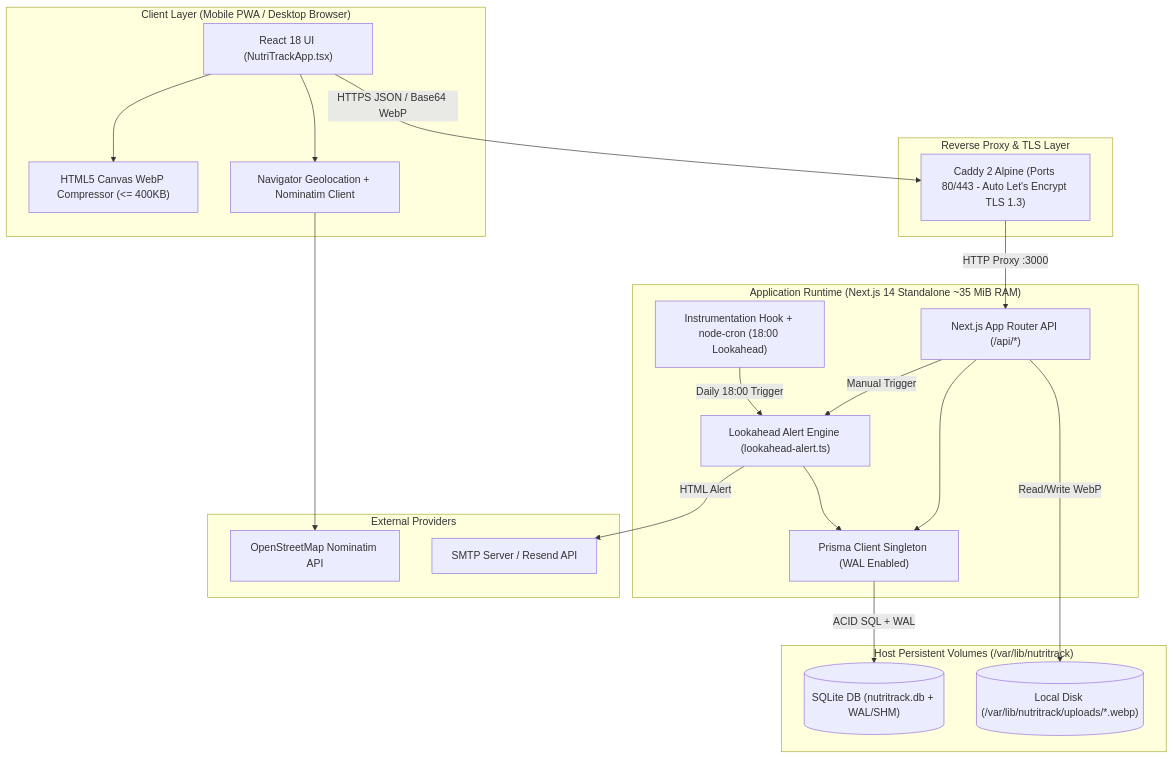
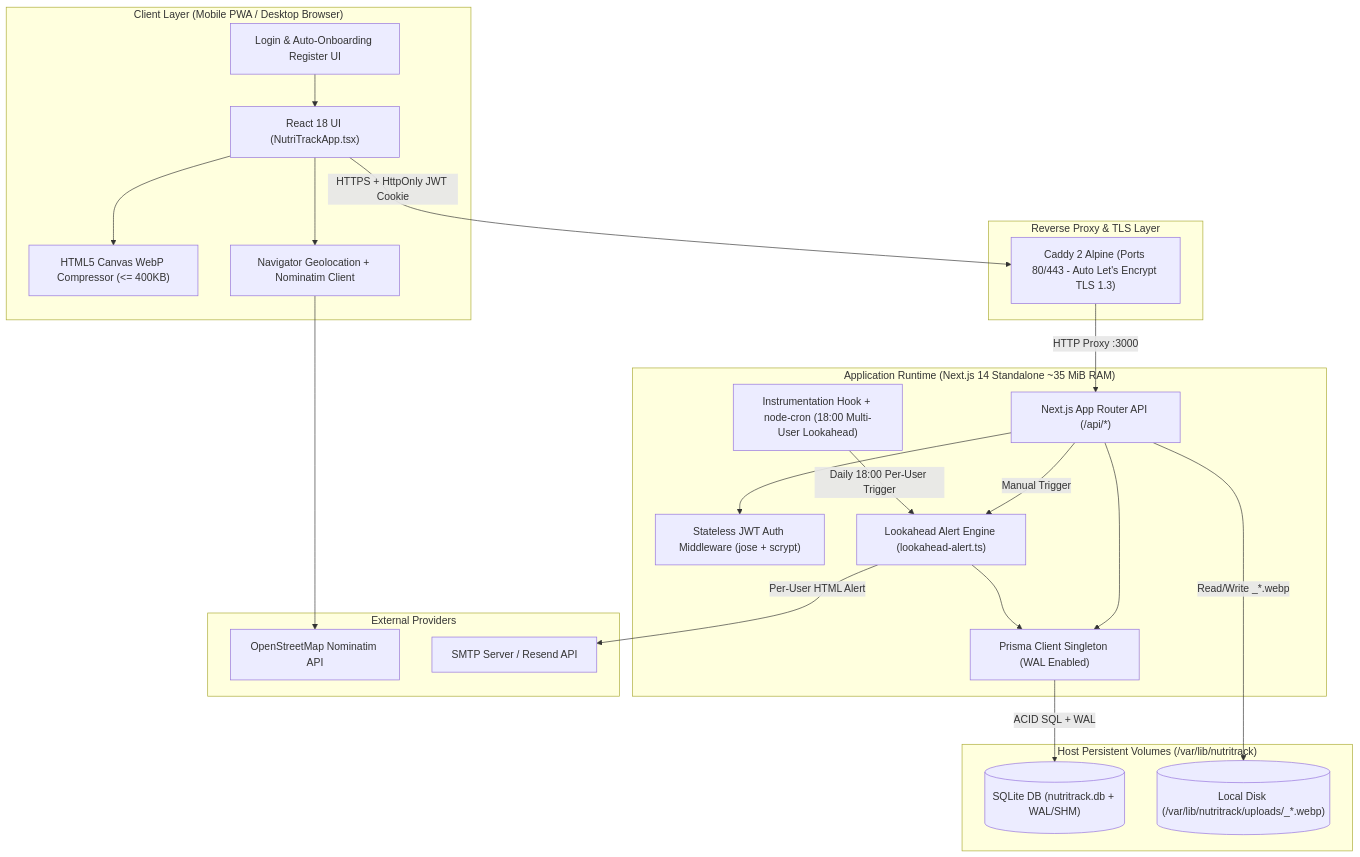
One commit to Celta031/NutriTrack-OS changed the first of 3 diagrams in docs/SDD.md. Above: the diagram before and after it, drawn with Mermaid. The commit also changed other lines of this file and 24 other files, not shown here.

Commit message:
feat(auth): implement SDD-002 multi-user login and tenant isolation

````diff
--- a/docs/SDD.md
+++ b/docs/SDD.md
@@ -28,42 +28,46 @@
 ```mermaid
 graph TD
     subgraph Client ["Client Layer (Mobile PWA / Desktop Browser)"]
+        AuthUI["Login & Auto-Onboarding Register UI"]
         UI["React 18 UI (NutriTrackApp.tsx)"]
         Canvas["HTML5 Canvas WebP Compressor (<= 400KB)"]
         Geo["Navigator Geolocation + Nominatim Client"]
     end
 
     subgraph Edge ["Reverse Proxy & TLS Layer"]
         Caddy["Caddy 2 Alpine (Ports 80/443 - Auto Let's Encrypt TLS 1.3)"]
     end
 
     subgraph AppServer ["Application Runtime (Next.js 14 Standalone ~35 MiB RAM)"]
+        Auth["Stateless JWT Auth Middleware (jose + scrypt)"]
         API["Next.js App Router API (/api/*)"]
-        Cron["Instrumentation Hook + node-cron (18:00 Lookahead)"]
+        Cron["Instrumentation Hook + node-cron (18:00 Multi-User Lookahead)"]
         AlertEngine["Lookahead Alert Engine (lookahead-alert.ts)"]
         Prisma["Prisma Client Singleton (WAL Enabled)"]
     end
 
     subgraph Storage ["Host Persistent Volumes (/var/lib/nutritrack)"]
         SQLite[("SQLite DB (nutritrack.db + WAL/SHM)")]
-        Uploads[("Local Disk (/var/lib/nutritrack/uploads/*.webp)")]
+        Uploads[("Local Disk (/var/lib/nutritrack/uploads/<userId>_*.webp)")]
     end
 
     subgraph External ["External Providers"]
         Nominatim["OpenStreetMap Nominatim API"]
         Email["SMTP Server / Resend API"]
     end
 
+    AuthUI --> UI
     UI --> Canvas
     UI --> Geo
     Geo --> Nominatim
-    UI -->|HTTPS JSON / Base64 WebP| Caddy
+    UI -->|HTTPS + HttpOnly JWT Cookie| Caddy
     Caddy -->|HTTP Proxy :3000| API
-    Cron -->|Daily 18:00 Trigger| AlertEngine
+    API --> Auth
+    Cron -->|Daily 18:00 Per-User Trigger| AlertEngine
     API -->|Manual Trigger| AlertEngine
     AlertEngine --> Prisma
-    AlertEngine -->|HTML Alert| Email
+    AlertEngine -->|Per-User HTML Alert| Email
     API --> Prisma
-    API -->|Read/Write WebP| Uploads
+    API -->|Read/Write <userId>_*.webp| Uploads
     Prisma -->|ACID SQL + WAL| SQLite
 ```
````
